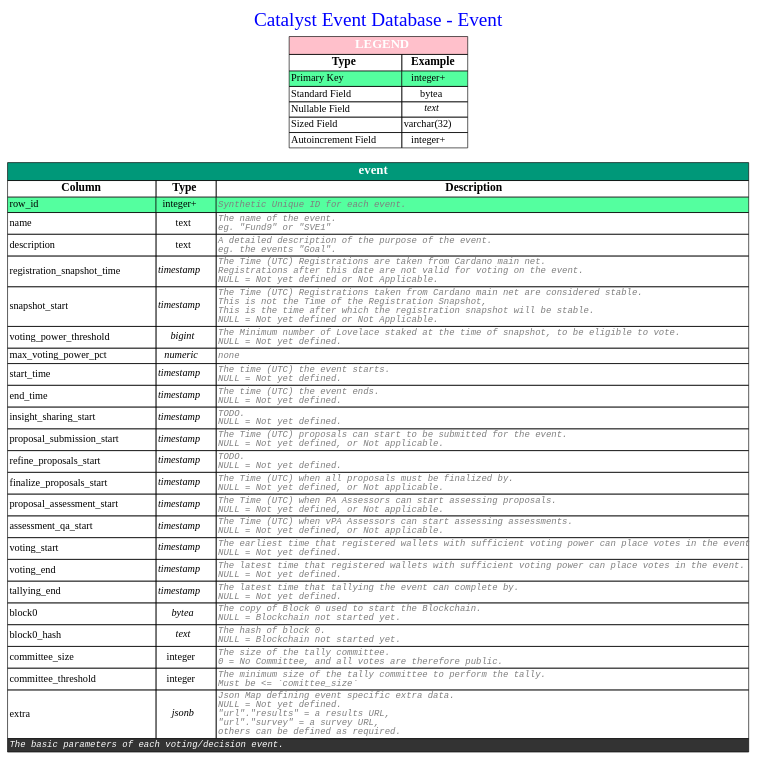
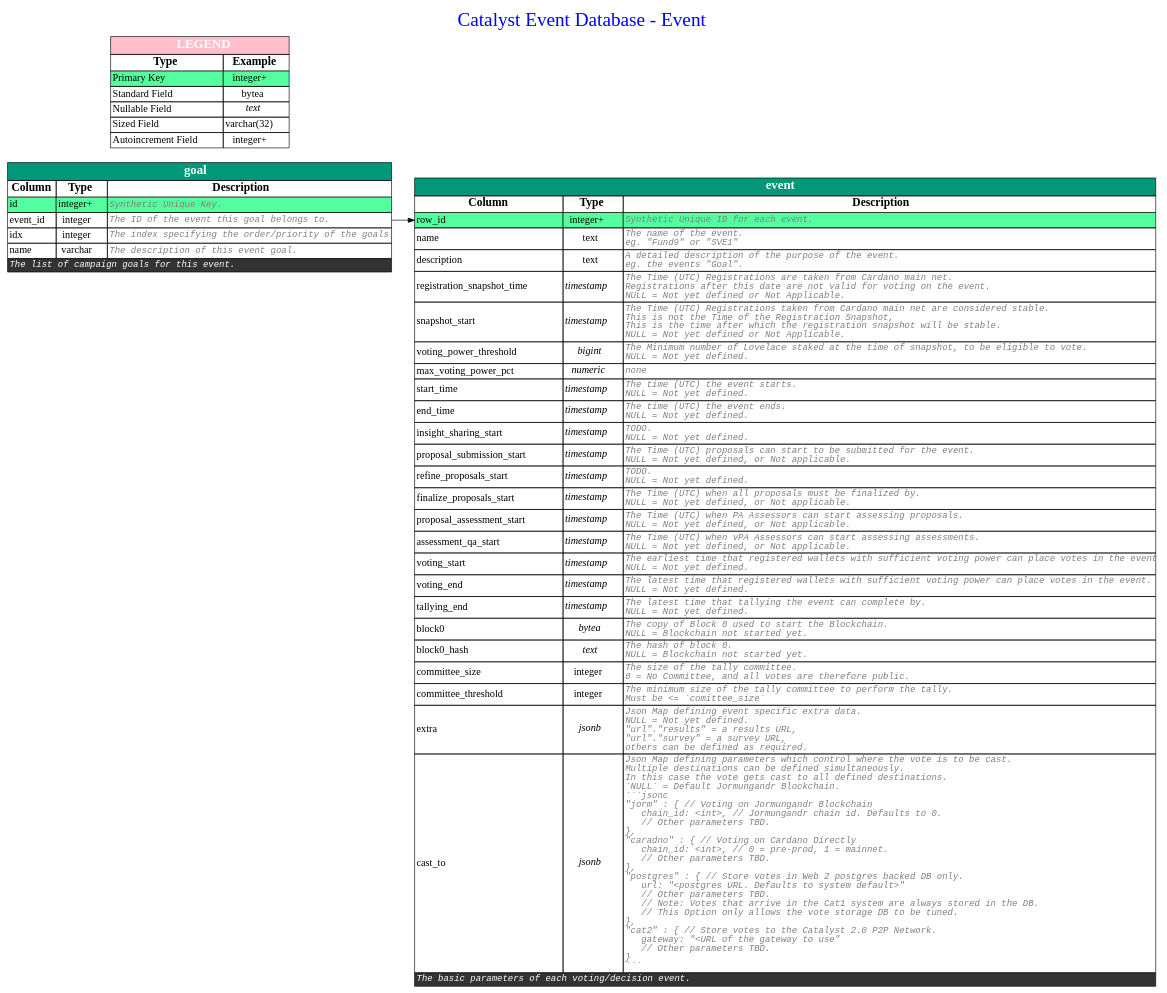
One commit to input-output-hk/catalyst-core changed the diagram in feature/NPG-5770_Rationalized-Catalyst-1.0-Backend-API/08_event-db/db-diagrams/event-db-event.dot. Above: the diagram before and after it, drawn with Graphviz. The commit also changed 126 other files, not shown here.

````diff
--- a/feature/NPG-5770_Rationalized-Catalyst-1.0-Backend-API/08_event-db/db-diagrams/event-db-event.dot
+++ b/feature/NPG-5770_Rationalized-Catalyst-1.0-Backend-API/08_event-db/db-diagrams/event-db-event.dot
@@ -172,10 +172,66 @@
                 <td port="extra_out"  align='text'><font color='grey50' face='Monospace' point-size='14' ><i>Json Map defining event specific extra data.<br align='left'/>NULL = Not yet defined.<br align='left'/>&quot;url&quot;.&quot;results&quot; = a results URL,<br align='left'/>&quot;url&quot;.&quot;survey&quot; = a survey URL,<br align='left'/>others can be defined as required.</i><br align="left"/></font></td>
             </tr>
             
+            <tr>
+                <td port="cast_to"  align='text'><font>cast_to</font><br align='left'/></td>
+                <td   ><font><i>jsonb</i></font></td>
+                <td port="cast_to_out"  align='text'><font color='grey50' face='Monospace' point-size='14' ><i>Json Map defining parameters which control where the vote is to be cast.<br align='left'/>Multiple destinations can be defined simultaneously.<br align='left'/>In this case the vote gets cast to all defined destinations.<br align='left'/>`NULL` = Default Jormungandr Blockchain.<br align='left'/>```jsonc<br align='left'/>&quot;jorm&quot; : { &#x2f;&#x2f; Voting on Jormungandr Blockchain<br align='left'/>    chain_id: &lt;int&gt;, &#x2f;&#x2f; Jormungandr chain id. Defaults to 0.<br align='left'/>    &#x2f;&#x2f; Other parameters TBD.<br align='left'/>},<br align='left'/>&quot;caradno&quot; : { &#x2f;&#x2f; Voting on Cardano Directly<br align='left'/>    chain_id: &lt;int&gt;, &#x2f;&#x2f; 0 = pre-prod, 1 = mainnet.<br align='left'/>    &#x2f;&#x2f; Other parameters TBD.<br align='left'/>},<br align='left'/>&quot;postgres&quot; : { &#x2f;&#x2f; Store votes in Web 2 postgres backed DB only.<br align='left'/>    url: &quot;&lt;postgres URL. Defaults to system default&gt;&quot;<br align='left'/>    &#x2f;&#x2f; Other parameters TBD.<br align='left'/>    &#x2f;&#x2f; Note: Votes that arrive in the Cat1 system are always stored in the DB.<br align='left'/>    &#x2f;&#x2f; This Option only allows the vote storage DB to be tuned.<br align='left'/>},<br align='left'/>&quot;cat2&quot; : { &#x2f;&#x2f; Store votes to the Catalyst 2.0 P2P Network.<br align='left'/>    gateway: &quot;&lt;URL of the gateway to use&quot;<br align='left'/>    &#x2f;&#x2f; Other parameters TBD.<br align='left'/>}<br align='left'/>```</i><br align="left"/></font></td>
+            </tr>
+            
 
             
             <tr>
                 <td colspan='3' bgcolor="grey20" align='text'><font color='white' face='Monospace' point-size='14'><i>The basic parameters of each voting&#x2f;decision event.</i><br align="left"/></font></td>
+            </tr>
+            
+
+        </table>
+    >];
+
+        
+    
+        
+
+    "goal" [shape=plain label=<
+        <table border='0' cellborder='1' cellspacing='0' >
+            <tr>
+                <td colspan='3' bgcolor='#009879' port='__title'><font color='white' face='Courier bold italic' point-size='20'><b>goal</b></font></td>
+            </tr>
+            <tr>
+                <td><font color='black' face='Courier bold' point-size='18' ><b>Column</b></font></td>
+                <td><font color='black' face='Courier bold' point-size='18' ><b>Type</b></font></td>
+                <td><font color='black' face='Courier bold' point-size='18' ><b>Description</b></font></td>
+            </tr>
+
+            
+            <tr>
+                <td port="id" bgcolor="seagreen1" align='text'><font>id</font><br align='left'/></td>
+                <td  bgcolor="seagreen1" ><font>integer+</font></td>
+                <td port="id_out" bgcolor="seagreen1" align='text'><font color='grey50' face='Monospace' point-size='14' ><i>Synthetic Unique Key.</i><br align="left"/></font></td>
+            </tr>
+            
+            <tr>
+                <td port="event_id"  align='text'><font>event_id</font><br align='left'/></td>
+                <td   ><font>integer</font></td>
+                <td port="event_id_out"  align='text'><font color='grey50' face='Monospace' point-size='14' ><i>The ID of the event this goal belongs to.</i><br align="left"/></font></td>
+            </tr>
+            
+            <tr>
+                <td port="idx"  align='text'><font>idx</font><br align='left'/></td>
+                <td   ><font>integer</font></td>
+                <td port="idx_out"  align='text'><font color='grey50' face='Monospace' point-size='14' ><i>The index specifying the order&#x2f;priority of the goals.</i><br align="left"/></font></td>
+            </tr>
+            
+            <tr>
+                <td port="name"  align='text'><font>name</font><br align='left'/></td>
+                <td   ><font>varchar</font></td>
+                <td port="name_out"  align='text'><font color='grey50' face='Monospace' point-size='14' ><i>The description of this event goal.</i><br align="left"/></font></td>
+            </tr>
+            
+
+            
+            <tr>
+                <td colspan='3' bgcolor="grey20" align='text'><font color='white' face='Monospace' point-size='14'><i>The list of campaign goals for this event.</i><br align="left"/></font></td>
             </tr>
             
 
@@ -228,6 +284,8 @@
     >];
 
     
+    "goal":"event_id_out" -> "event":"row_id"
+    
 
 
 }
````
